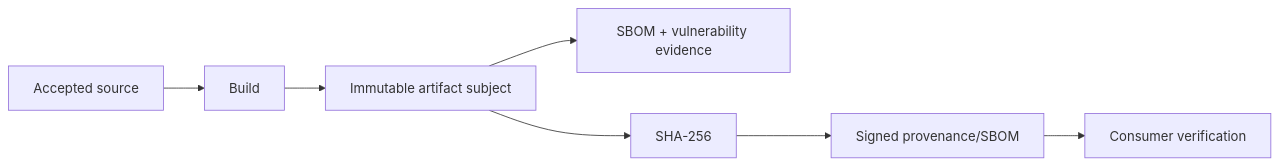
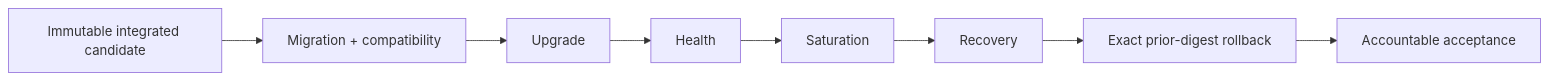
Before and after one commit to GJvManen/dtmo: the diagram in docs/roadmap/PRODUCTION_ROADMAP.md, drawn with Mermaid. The commit also changed other lines of this file, not shown here.

Commit message:
docs: reconcile production roadmap to Phase 11.10

````diff
--- a/docs/roadmap/PRODUCTION_ROADMAP.md
+++ b/docs/roadmap/PRODUCTION_ROADMAP.md
@@ -48,9 +55,10 @@
 ```mermaid
 flowchart LR
-    S[Accepted source] --> B[Build]
-    B --> A[Immutable artifact subject]
-    A --> E[SBOM + vulnerability evidence]
-    A --> H[SHA-256]
-    H --> P[Signed provenance/SBOM]
-    P --> V[Consumer verification]
+    I[Immutable integrated candidate] --> M[Migration + compatibility]
+    M --> U[Upgrade]
+    U --> H[Health]
+    H --> S[Saturation]
+    S --> R[Recovery]
+    R --> B[Exact prior-digest rollback]
+    B --> A[Accountable acceptance]
 ```
````
